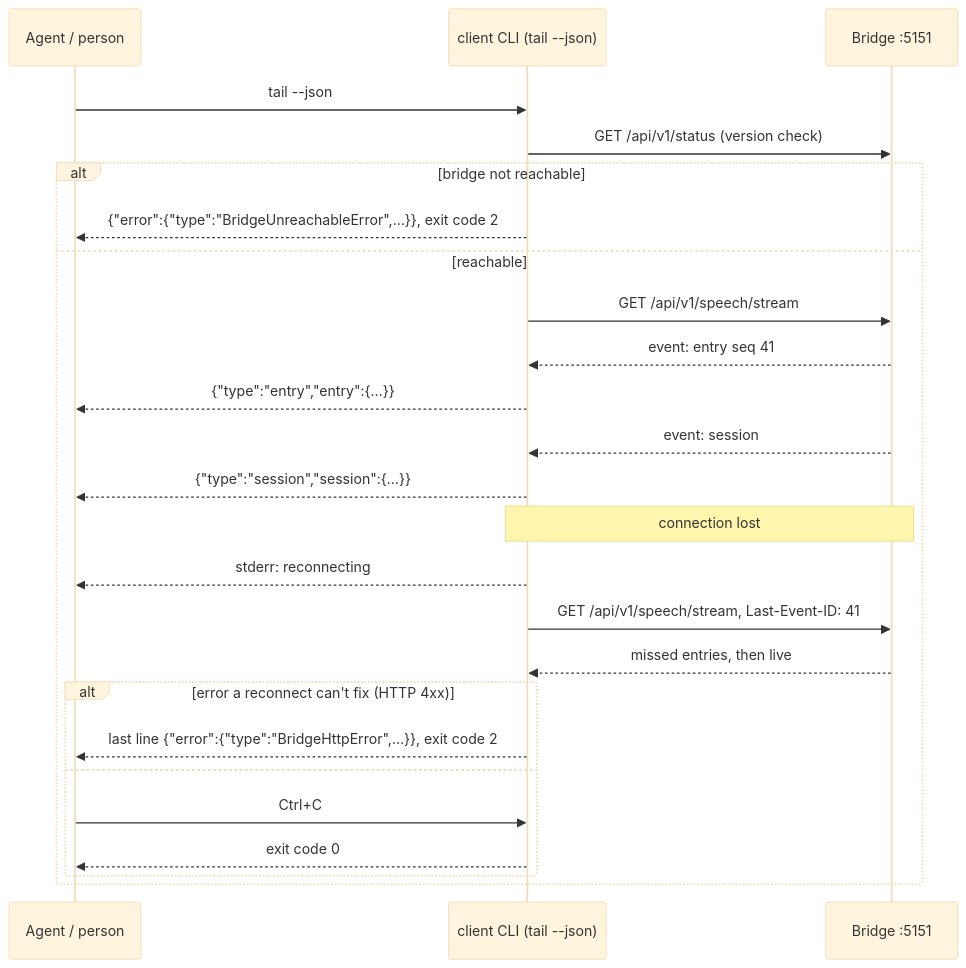
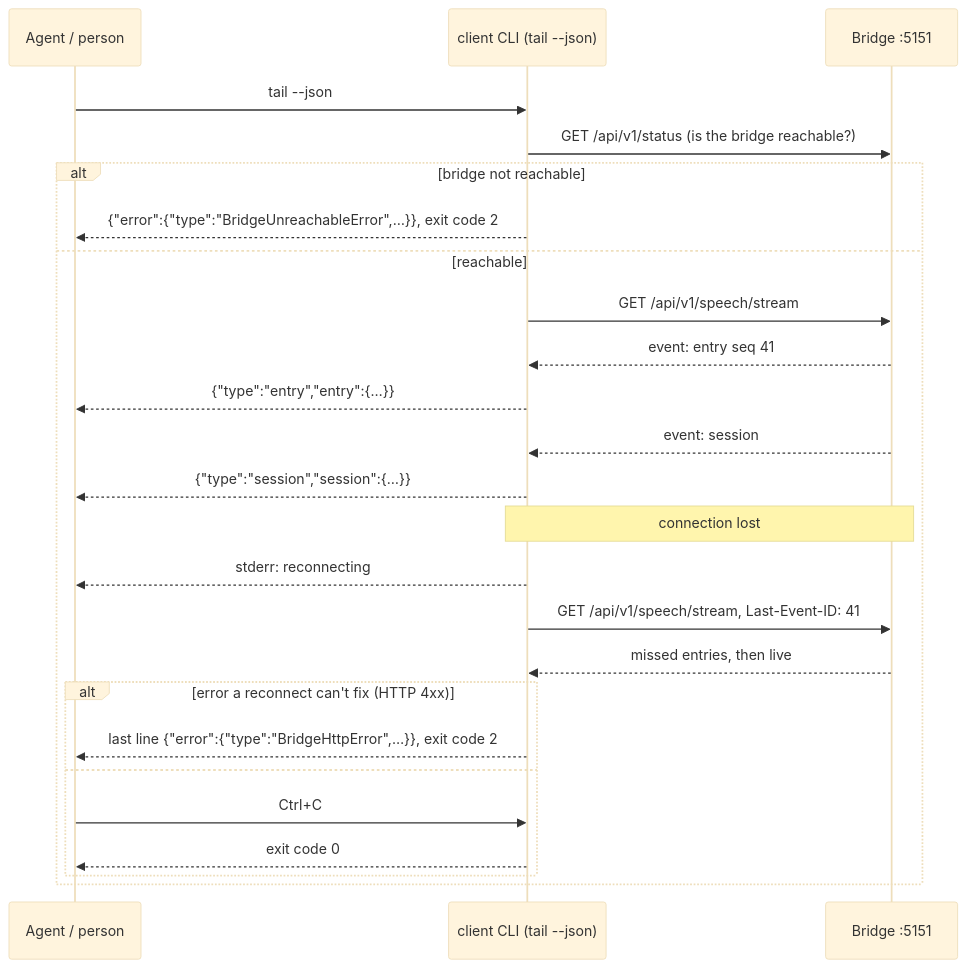
Before and after one commit to TimoSto/screenreader-speech-capture: the fourth of 4 diagrams in docs/usage/flows/agents.md, drawn with Mermaid (base theme). The commit also changed other lines of this file and 10 other files, not shown here.

First line of the commit message:
docs: bring the usage flows up to date and add the agent preflight and recovery (#228)

````diff
--- a/docs/usage/flows/agents.md
+++ b/docs/usage/flows/agents.md
@@ -75,28 +158,28 @@
 ```mermaid
 sequenceDiagram
     participant U as Agent / person
     participant CLI as client CLI (tail --json)
     participant B as Bridge :5151
 
     U->>CLI: tail --json
-    CLI->>B: GET /api/v1/status (version check)
+    CLI->>B: GET /api/v1/status (is the bridge reachable?)
     alt bridge not reachable
         CLI-->>U: {"error":{"type":"BridgeUnreachableError",…}}, exit code 2
     else reachable
         CLI->>B: GET /api/v1/speech/stream
         B-->>CLI: event: entry seq 41
         CLI-->>U: {"type":"entry","entry":{…}}
         B-->>CLI: event: session
         CLI-->>U: {"type":"session","session":{…}}
         Note over CLI,B: connection lost
         CLI-->>U: stderr: reconnecting
         CLI->>B: GET /api/v1/speech/stream, Last-Event-ID: 41
         B-->>CLI: missed entries, then live
         alt error a reconnect can't fix (HTTP 4xx)
             CLI-->>U: last line {"error":{"type":"BridgeHttpError",…}}, exit code 2
         else
             U->>CLI: Ctrl+C
             CLI-->>U: exit code 0
         end
     end
 ```
````
